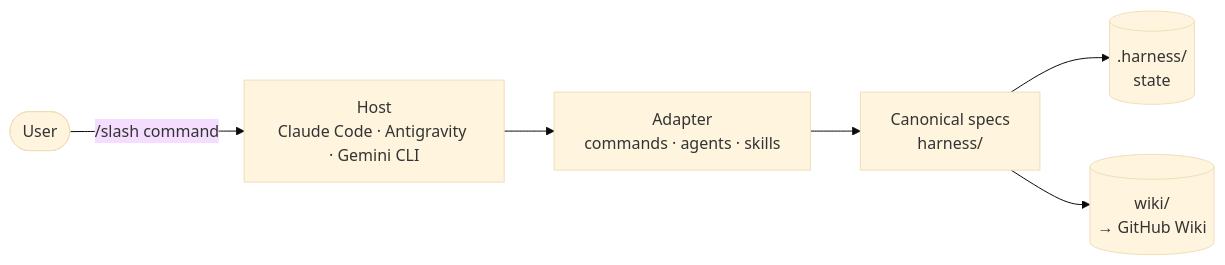
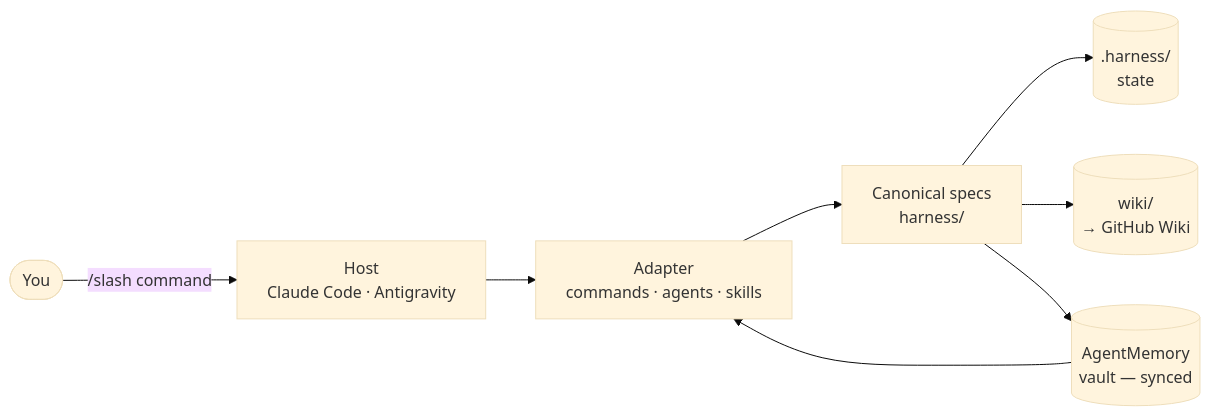
The diagram in README.md (alexherrero/agentic-harness), drawn with Mermaid (base theme) before and after one commit. The commit also changed other lines of this file, not shown here.

First line of the commit message:
docs: Agent M branding for README

````diff
--- a/README.md
+++ b/README.md
@@ -53,15 +80,18 @@
 ```mermaid
 flowchart LR
-    U([User])
-    H[Host<br/>Claude Code · Antigravity · Gemini CLI]
+    U([You])
+    H[Host<br/>Claude Code · Antigravity]
     A[Adapter<br/>commands · agents · skills]
     S[Canonical specs<br/>harness/]
     ST[(.harness/<br/>state)]
     W[(wiki/<br/>→ GitHub Wiki)]
+    V[(AgentMemory<br/>vault — synced)]
 
     U -->|/slash command| H
     H --> A
     A --> S
     S --> ST
     S --> W
+    S --> V
+    V --> A
 ```
````
